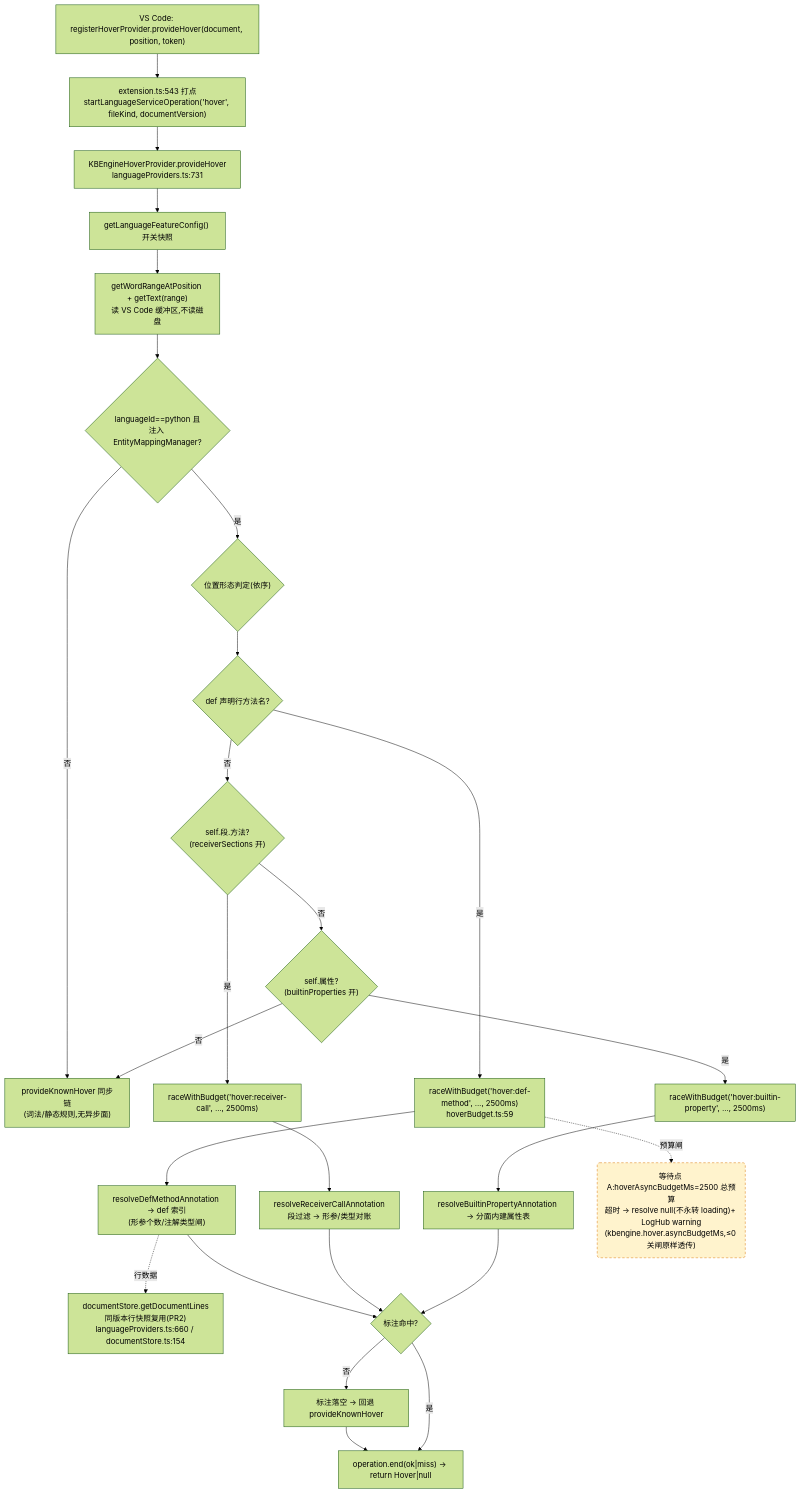
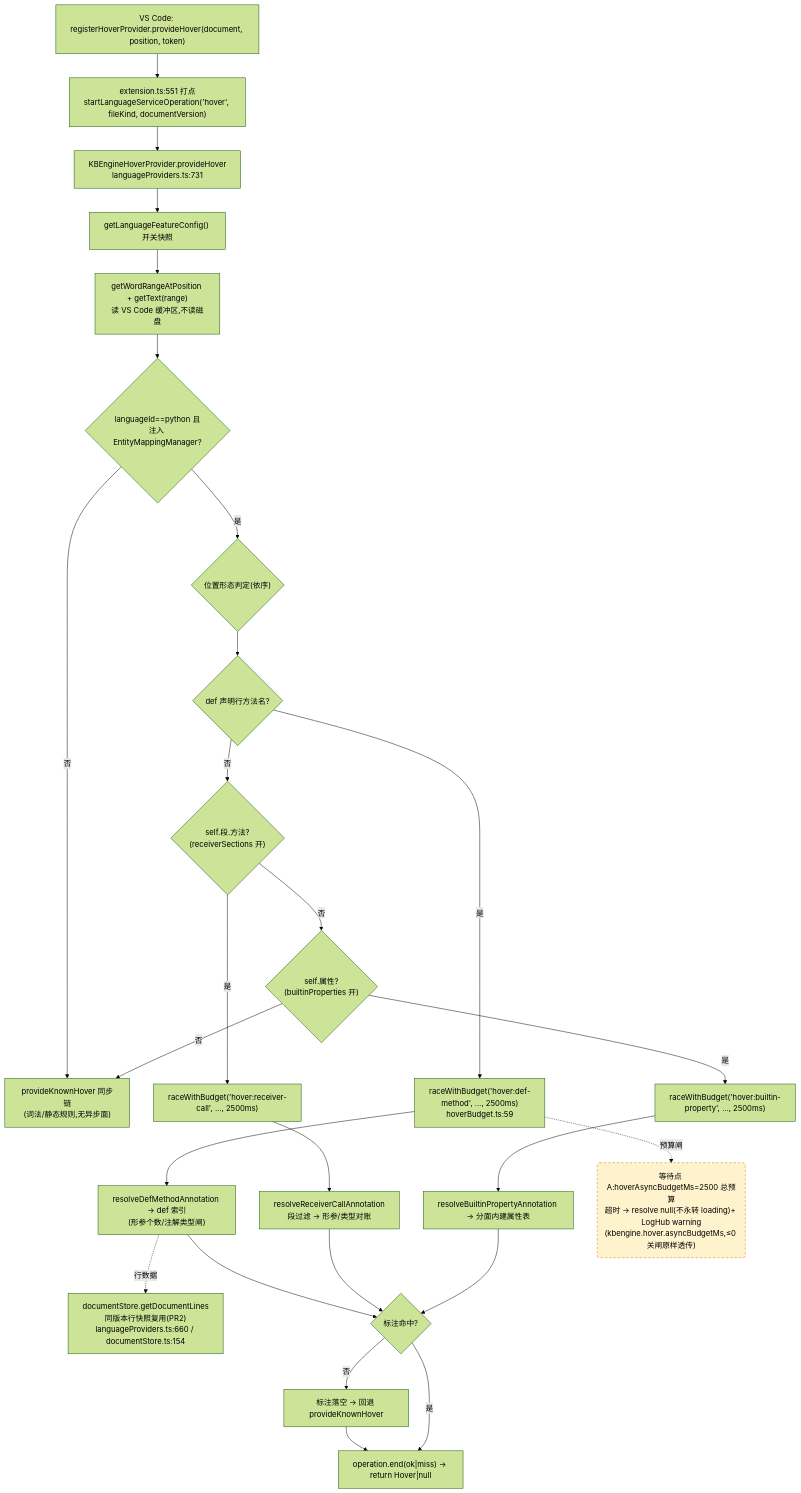
Before and after one commit to cuihairu/kode: the first of 4 diagrams in docs/perf/2026-baseline.md, drawn with Mermaid (forest theme). The commit also changed other lines of this file and 5 other files, not shown here.

````diff
--- a/docs/perf/2026-baseline.md
+++ b/docs/perf/2026-baseline.md
@@ -82,45 +82,45 @@
 ```mermaid
 flowchart TD
   VC1["VS Code: registerHoverProvider.provideHover(document, position, token)"]
-  M1["extension.ts:543 打点<br/>startLanguageServiceOperation('hover', fileKind, documentVersion)"]
+  M1["extension.ts:551 打点<br/>startLanguageServiceOperation('hover', fileKind, documentVersion)"]
   HP["KBEngineHoverProvider.provideHover<br/>languageProviders.ts:731"]
   CFG["getLanguageFeatureConfig() 开关快照"]
   WORD["getWordRangeAtPosition + getText(range)<br/>读 VS Code 缓冲区,不读磁盘"]
   BR{"languageId==python 且<br/>注入 EntityMappingManager?"}
   KN["provideKnownHover 同步链<br/>(词法/静态规则,无异步面)"]
   POS{"位置形态判定(依序)"}
   D1{"def 声明行方法名?"}
   D2{"self.段.方法?<br/>(receiverSections 开)"}
   D3{"self.属性?<br/>(builtinProperties 开)"}
   RA1["raceWithBudget('hover:def-method', …, 2500ms)<br/>hoverBudget.ts:59"]
   RA2["raceWithBudget('hover:receiver-call', …, 2500ms)"]
   RA3["raceWithBudget('hover:builtin-property', …, 2500ms)"]
   RS1["resolveDefMethodAnnotation → def 索引<br/>(形参个数/注解类型闸)"]
   RS2["resolveReceiverCallAnnotation<br/>段过滤 → 形参/类型对账"]
   RS3["resolveBuiltinPropertyAnnotation → 分面内建属性表"]
   LINES["documentStore.getDocumentLines<br/>同版本行快照复用(PR2)<br/>languageProviders.ts:660 / documentStore.ts:154"]
   MISS["标注落空 → 回退 provideKnownHover"]
   END1["operation.end(ok|miss) → return Hover|null"]
 
   VC1 --> M1 --> HP --> CFG --> WORD --> BR
   BR -- "否" --> KN
   BR -- "是" --> POS --> D1
   D1 -- "是" --> RA1 --> RS1
   D1 -- "否" --> D2
   D2 -- "是" --> RA2 --> RS2
   D2 -- "否" --> D3
   D3 -- "是" --> RA3 --> RS3
   D3 -- "否" --> KN
   RS1 --> HIT{"标注命中?"}
   RS2 --> HIT
   RS3 --> HIT
   RS1 -.->|行数据| LINES
   HIT -- "否" --> MISS --> END1
   HIT -- "是" --> END1
 
   WAITA("等待点 A:hoverAsyncBudgetMs=2500 总预算<br/>超时 → resolve null(不永转 loading)+ LogHub warning<br/>(kbengine.hover.asyncBudgetMs,≤0 关闸原样透传)")
   RA1 -.->|预算闸| WAITA
 
   classDef waitPoint fill:#fff3cd,stroke:#d97706,stroke-dasharray:5 4;
   class WAITA waitPoint;
 ```
````
